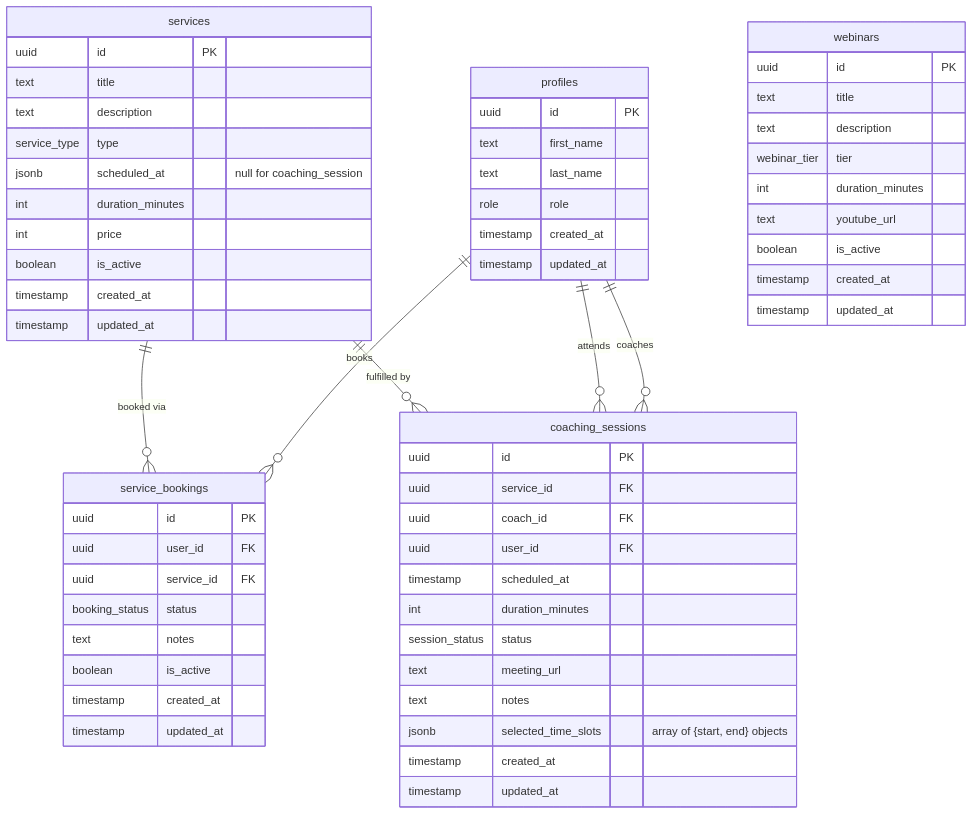
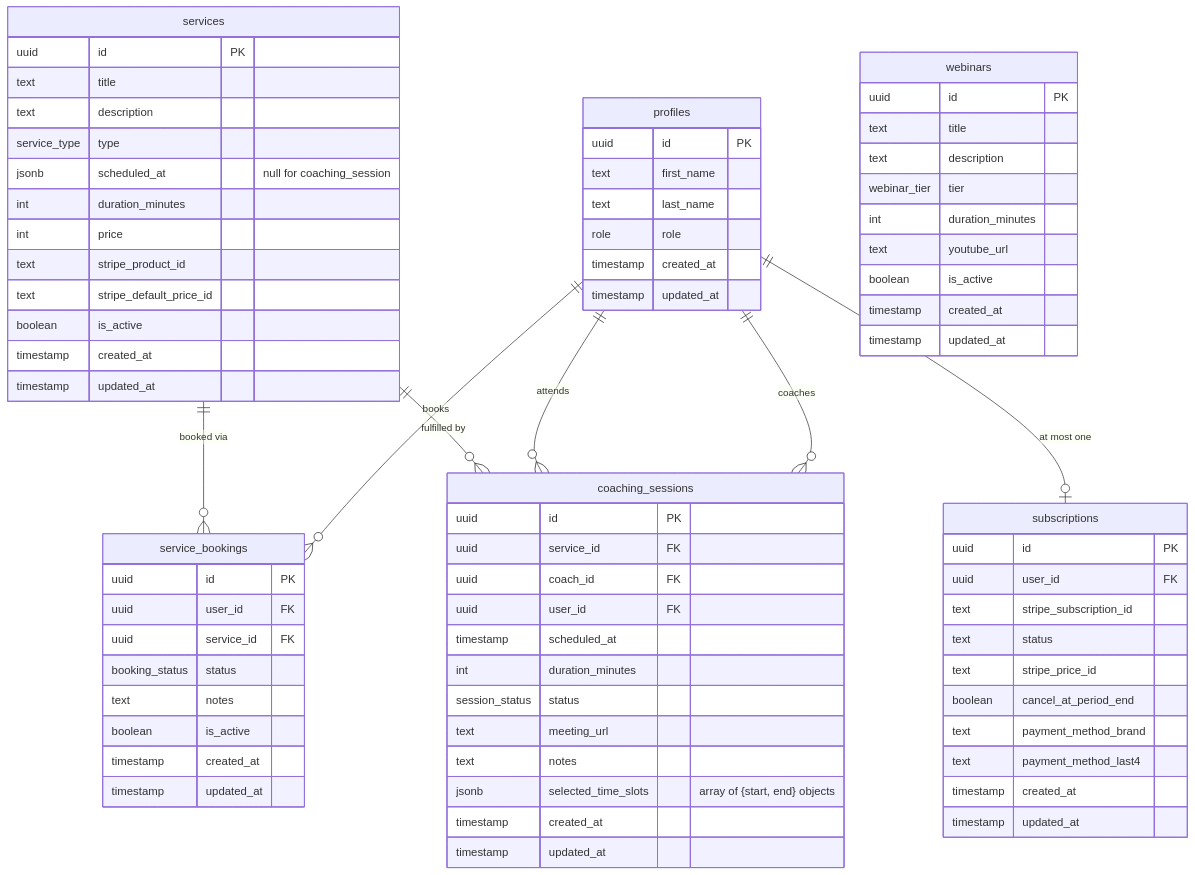
One commit to hack4impact/mcld-project changed the diagram in docs/schema-overview.md. Above: the diagram before and after it, drawn with Mermaid.

Commit message:
feat(schema): add subscription model and Stripe fields to schema overview

````diff
--- a/docs/schema-overview.md
+++ b/docs/schema-overview.md
@@ -19,6 +19,8 @@
         jsonb scheduled_at "null for coaching_session"
         int duration_minutes
         int price
+        text stripe_product_id
+        text stripe_default_price_id
         boolean is_active
         timestamp created_at
         timestamp updated_at
@@ -62,9 +64,23 @@
         timestamp updated_at
     }
 
+    subscriptions {
+        uuid id PK
+        uuid user_id FK
+        text stripe_subscription_id
+        text status
+        text stripe_price_id
+        boolean cancel_at_period_end
+        text payment_method_brand
+        text payment_method_last4
+        timestamp created_at
+        timestamp updated_at
+    }
+
     profiles ||--o{ service_bookings : "books"
     services ||--o{ service_bookings : "booked via"
     profiles ||--o{ coaching_sessions : "coaches"
     profiles ||--o{ coaching_sessions : "attends"
     services ||--o{ coaching_sessions : "fulfilled by"
+    profiles ||--o| subscriptions : "at most one"
 ```
````
